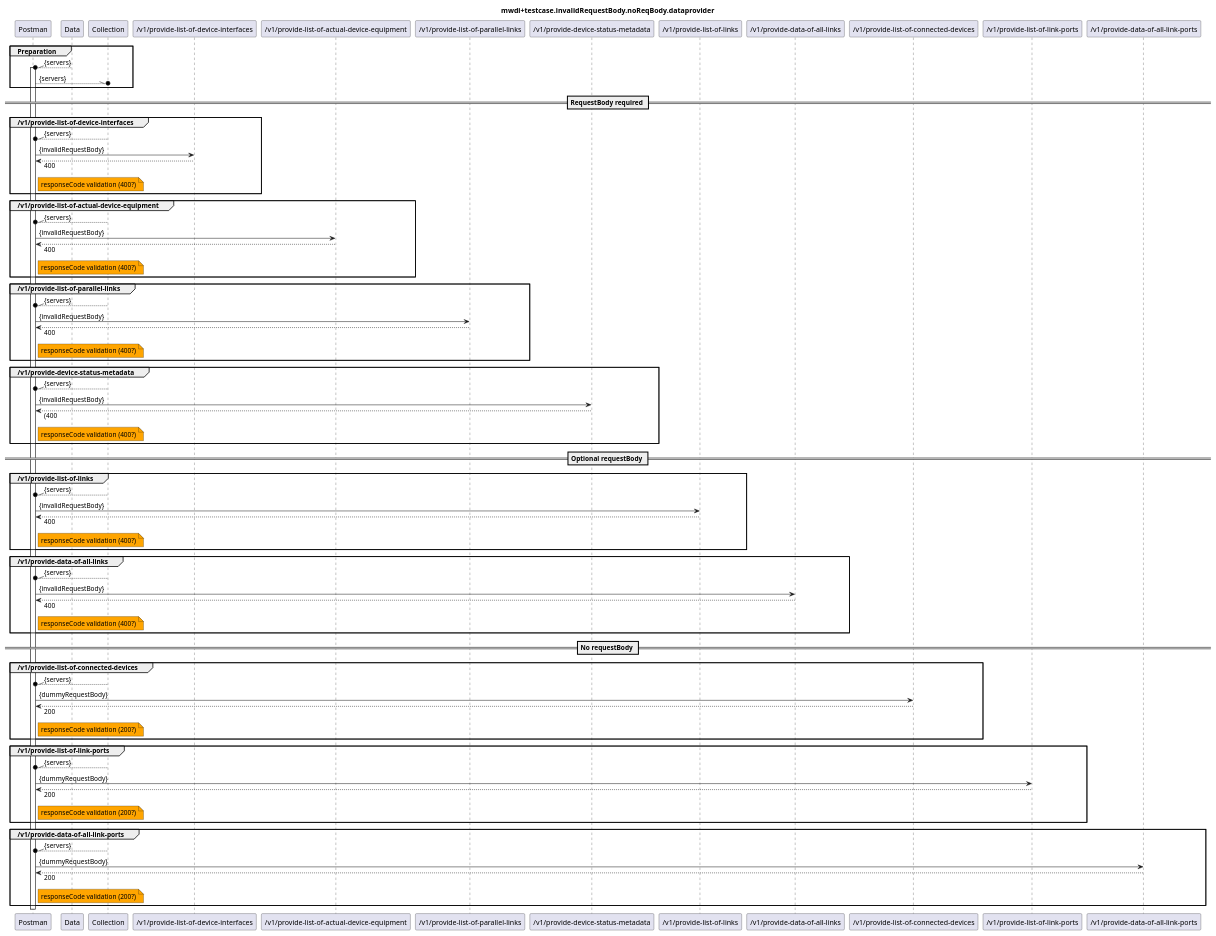
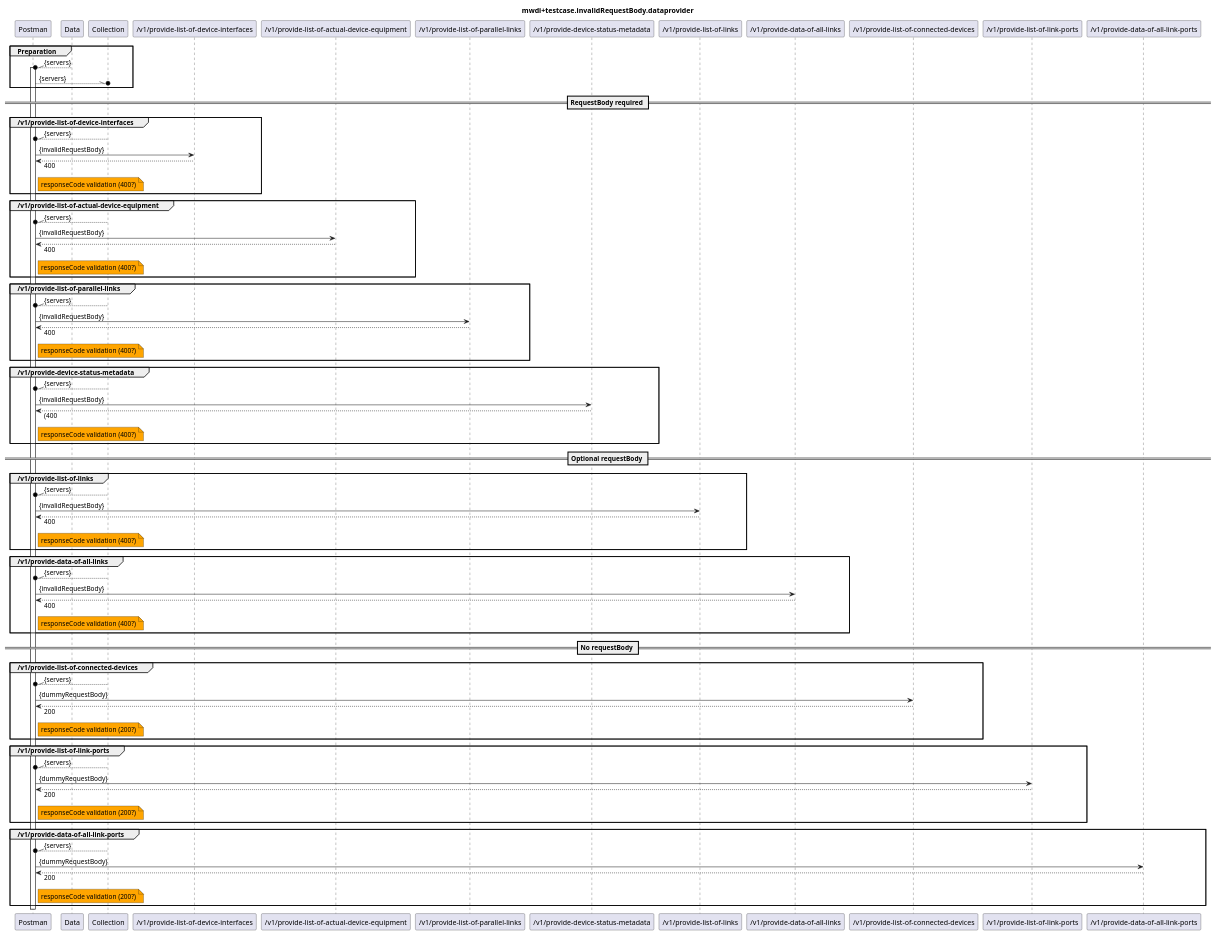
One commit to openBackhaul/MicroWaveDeviceInventory changed the diagram in testing/2_functional/invalidRequestBody/v1.2.2/Dataprovider/mwdi+diagram.invalidRequestBody.dataprovider.plantuml. Above: the diagram before and after it, drawn with PlantUML. The commit also changed 3 other files, not shown here.

```diff
--- a/testing/2_functional/invalidRequestBody/v1.2.2/Dataprovider/mwdi+diagram.invalidRequestBody.dataprovider.plantuml
+++ b/testing/2_functional/invalidRequestBody/v1.2.2/Dataprovider/mwdi+diagram.invalidRequestBody.dataprovider.plantuml
@@ -1,124 +1,124 @@
-@startuml mwdi+diagram.invalidRequestBody.noReqBody.dataprovider
+@startuml mwdi+diagram.invalidRequestBody.dataprovider
 skinparam responseMessageBelowArrow true
 
 title
-mwdi+testcase.invalidRequestBody.noReqBody.dataprovider
+mwdi+testcase.invalidRequestBody.dataprovider
 end title
 
 participant "Postman" as Postman
 participant "Data" as Data
 participant "Collection" as Collection
 
 'requestBody required
 participant "/v1/provide-list-of-device-interfaces" as PLODI
 participant "/v1/provide-list-of-actual-device-equipment" as PLOADE
 participant "/v1/provide-list-of-parallel-links" as PLOPL
 participant "/v1/provide-device-status-metadata" as PDSM
 
 'optional requestBody
 participant "/v1/provide-list-of-links" as PLOL
 participant "/v1/provide-data-of-all-links" as PDOAL
 
 'no requestBody
 participant "/v1/provide-list-of-connected-devices" as PLOCD
 participant "/v1/provide-list-of-link-ports" as PLOLP
 participant "/v1/provide-data-of-all-link-ports" as PDOALP
 
 
 group Preparation
   Data --\\o Postman : {servers}
   activate Postman
   Postman --\\o Collection : {servers}
 end
 
 '-------------------------------------------------------------
 == RequestBody required ==
   group /v1/provide-list-of-device-interfaces
     Collection --\\o Postman : {servers}
     Postman -> PLODI : {invalidRequestBody}
     Postman <-- PLODI : 400
     note right Postman #Orange
       responseCode validation (400?)
     end note
   end
 
   group /v1/provide-list-of-actual-device-equipment
     Collection --\\o Postman : {servers}
     Postman -> PLOADE : {invalidRequestBody}
     Postman <-- PLOADE : 400
     note right Postman #Orange
       responseCode validation (400?)
     end note
   end
 
   group /v1/provide-list-of-parallel-links
     Collection --\\o Postman : {servers}
     Postman -> PLOPL : {invalidRequestBody}
     Postman <-- PLOPL : 400
     note right Postman #Orange
       responseCode validation (400?)
     end note
   end
 
   group /v1/provide-device-status-metadata
     Collection --\\o Postman : {servers}
     Postman -> PDSM : {invalidRequestBody}
     Postman <-- PDSM : (400
     note right Postman #Orange
       responseCode validation (400?)
     end note
   end
 
 '-------------------------------------------------------------
 == Optional requestBody == 
   group /v1/provide-list-of-links
     Collection --\\o Postman : {servers}
     Postman -> PLOL : {invalidRequestBody}
     Postman <-- PLOL : 400
     note right Postman #Orange
       responseCode validation (400?)
     end note
   end
 
   group /v1/provide-data-of-all-links
     Collection --\\o Postman : {servers}
     Postman -> PDOAL : {invalidRequestBody}
     Postman <-- PDOAL : 400
     note right Postman #Orange
       responseCode validation (400?)
     end note
   end
 
 
 '-------------------------------------------------------------
 == No requestBody == 
   group /v1/provide-list-of-connected-devices
     Collection --\\o Postman : {servers}
     Postman -> PLOCD : {dummyRequestBody}
     Postman <-- PLOCD : 200
     note right Postman #Orange
       responseCode validation (200?)
     end note
   end
 
   group /v1/provide-list-of-link-ports
     Collection --\\o Postman : {servers}
     Postman -> PLOLP : {dummyRequestBody}
     Postman <-- PLOLP : 200
     note right Postman #Orange
       responseCode validation (200?)
     end note
   end
 
   group /v1/provide-data-of-all-link-ports
     Collection --\\o Postman : {servers}
     Postman -> PDOALP : {dummyRequestBody}
     Postman <-- PDOALP : 200
     note right Postman #Orange
       responseCode validation (200?)
     end note
   end
 
 deactivate Postman
 
 @enduml
```
